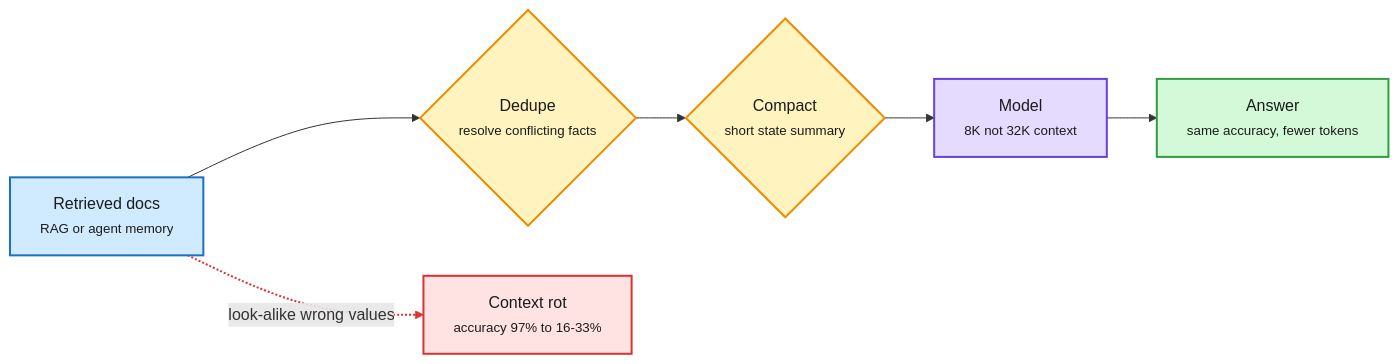
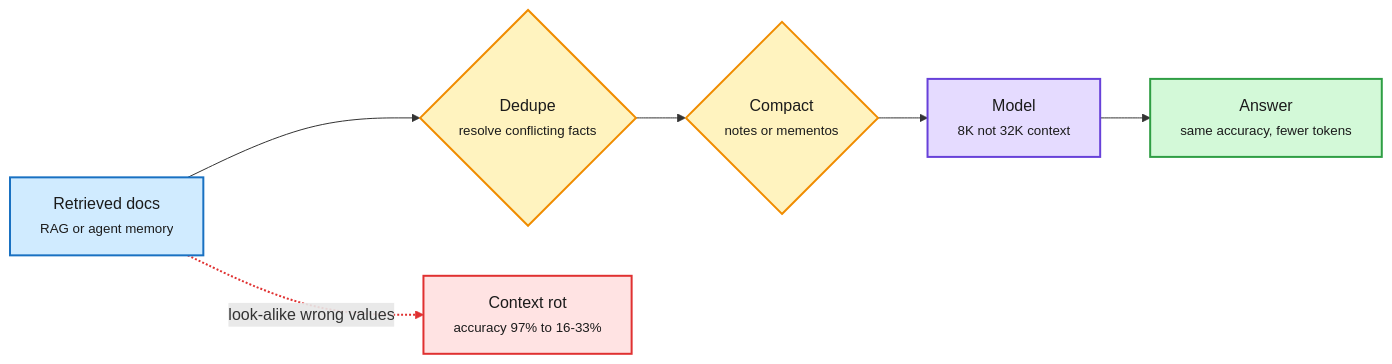
Before and after one commit to bayesiansapien/cere-bro: the second of 2 diagrams in wiki/media-zone/2026-11/2026-11-05.md, drawn with Mermaid. The commit also changed other lines of this file, not shown here.

````diff
--- a/wiki/media-zone/2026-11/2026-11-05.md
+++ b/wiki/media-zone/2026-11/2026-11-05.md
@@ -100,19 +117,19 @@
 ```mermaid
 flowchart LR
   R["Retrieved docs<br/><small>RAG or agent memory</small>"] --> D{"Dedupe<br/><small>resolve conflicting facts</small>"}
-  D --> C{"Compact<br/><small>short state summary</small>"}
+  D --> C{"Compact<br/><small>notes or mementos</small>"}
   C --> M["Model<br/><small>8K not 32K context</small>"]
   M --> O["Answer<br/><small>same accuracy, fewer tokens</small>"]
   R -.->|look-alike wrong values| X["Context rot<br/><small>accuracy 97% to 16-33%</small>"]
   classDef input fill:#d0ebff,stroke:#1971c2,color:#1b1b1b,stroke-width:2px
   classDef loop fill:#fff3bf,stroke:#f08c00,color:#1b1b1b,stroke-width:2px
   classDef core fill:#e5dbff,stroke:#6741d9,color:#1b1b1b,stroke-width:2px
   classDef exit fill:#d3f9d8,stroke:#2f9e44,color:#1b1b1b,stroke-width:2px
   classDef err fill:#ffe3e3,stroke:#e03131,color:#1b1b1b,stroke-width:2px
   class R input
   class D,C loop
   class M core
   class O exit
   class X err
   linkStyle 4 stroke:#e03131,stroke-width:2px
 ```
````
